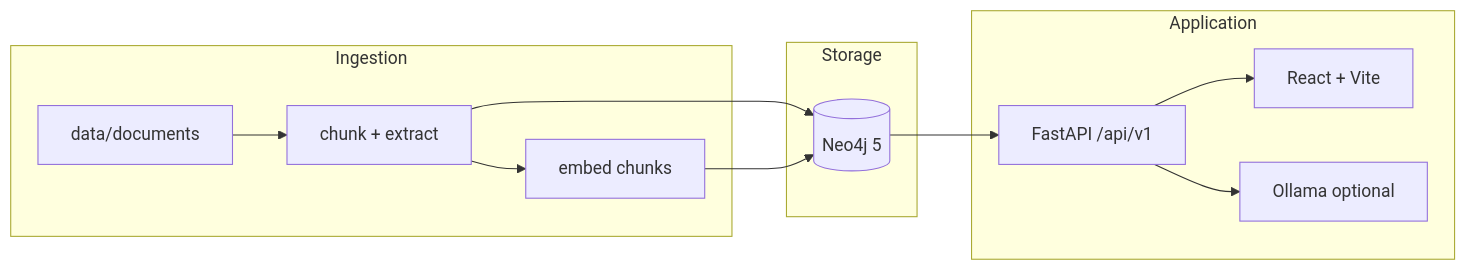
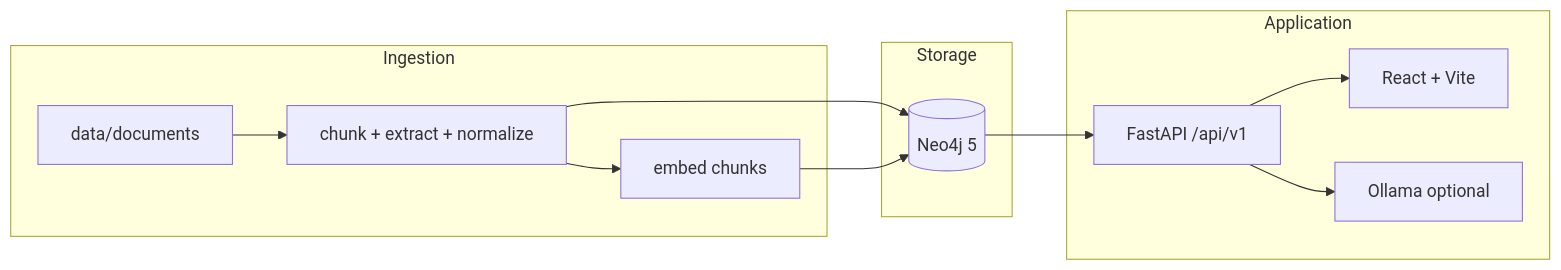
Before and after one commit to LordKay-sudo/kg-rag-demo: the diagram in README.md, drawn with Mermaid. The commit also changed other lines of this file and 8 other files, not shown here.

First line of the commit message:
R16-R17: extraction schema and normalization pipeline

````diff
--- a/README.md
+++ b/README.md
@@ -109,21 +109,21 @@
 ```mermaid
 flowchart LR
   subgraph ingest [Ingestion]
     DOC[data/documents]
-    EXT[chunk + extract]
+    EXT[chunk + extract + normalize]
     EMB[embed chunks]
   end
   subgraph store [Storage]
     N4j[(Neo4j 5)]
   end
   subgraph serve [Application]
     API[FastAPI /api/v1]
     WEB[React + Vite]
     LLM[Ollama optional]
   end
   DOC --> EXT --> N4j
   EXT --> EMB --> N4j
   N4j --> API
   API --> LLM
   API --> WEB
 ```
````
